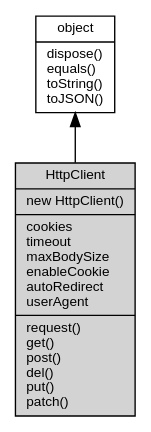
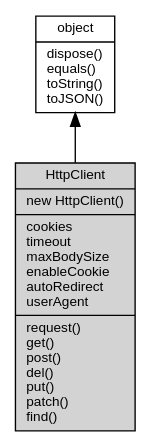
One commit to fibjs/fibjs.org changed the diagram in docs/manual/object/ifs/HttpClient.md. Above: the diagram before and after it, drawn with Graphviz. The commit also changed other lines of this file and 29 other files, not shown here.

````diff
--- a/docs/manual/object/ifs/HttpClient.md
+++ b/docs/manual/object/ifs/HttpClient.md
@@ -14,10 +14,10 @@
 ```dot
 digraph {
     node [fontname="Helvetica,sans-Serif", fontsize=10, shape="record", style="filled", fillcolor="white"];
 
     object [tooltip="object", URL="object.md", label="{object|dispose()\lequals()\ltoString()\ltoJSON()\l}"];
-    HttpClient [tooltip="HttpClient", fillcolor="lightgray", label="{HttpClient|new HttpClient()\l|cookies\ltimeout\lmaxBodySize\lenableCookie\lautoRedirect\luserAgent\l|request()\lget()\lpost()\ldel()\lput()\lpatch()\l}"];
+    HttpClient [tooltip="HttpClient", fillcolor="lightgray", label="{HttpClient|new HttpClient()\l|cookies\ltimeout\lmaxBodySize\lenableCookie\lautoRedirect\luserAgent\l|request()\lget()\lpost()\ldel()\lput()\lpatch()\lfind()\l}"];
 
     object -> HttpClient [dir=back];
 }
 ```
````
